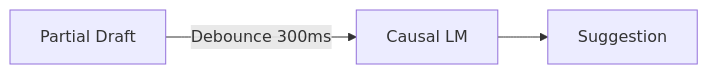
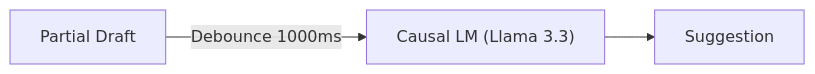
One commit to delisha02/droitdraft changed the fourth of 4 diagrams in docs/implementation.md. Above: the diagram before and after it, drawn with Mermaid. The commit also changed other lines of this file and 26 other files, not shown here.

````diff
--- a/docs/implementation.md
+++ b/docs/implementation.md
@@ -251,5 +226,5 @@
 ```mermaid
 flowchart LR
-    PD["Partial Draft"] --> |"Debounce 300ms"| CLM["Causal LM"]
+    PD["Partial Draft"] --> |"Debounce 1000ms"| CLM["Causal LM (Llama 3.3)"]
     CLM --> SUG["Suggestion"]
 ```
````
